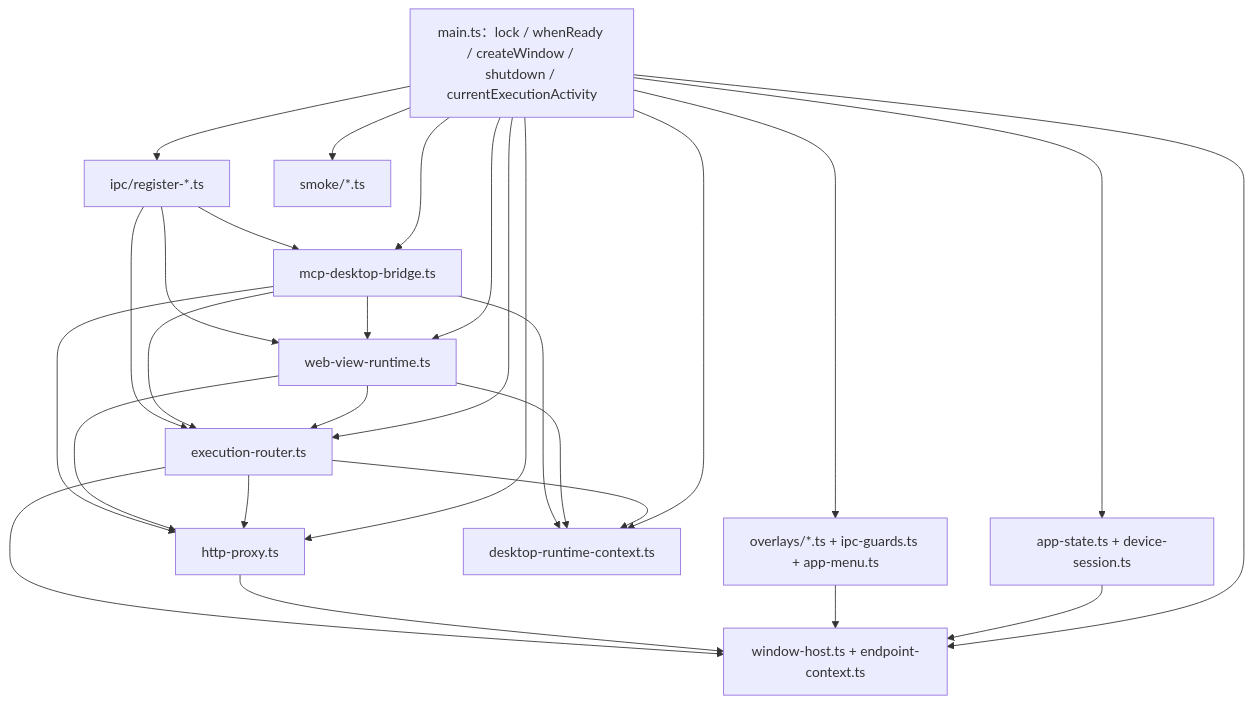
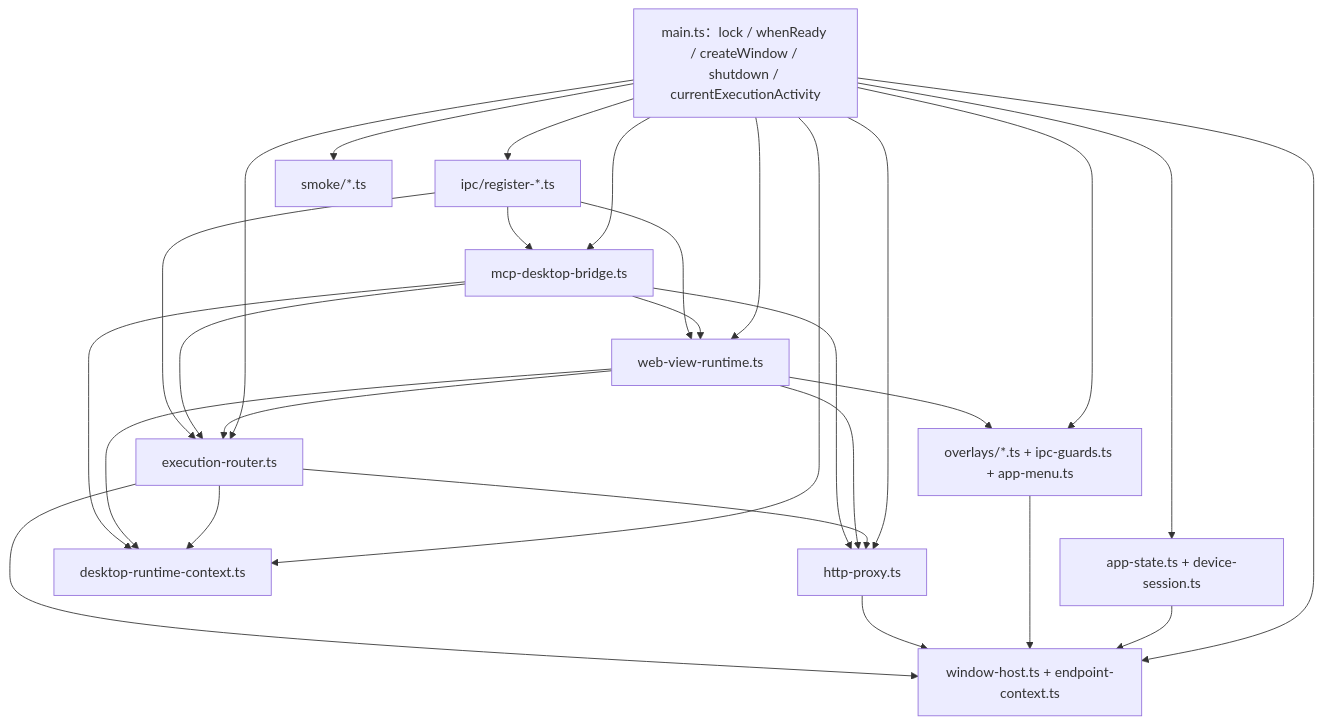
The fourth of 4 diagrams in docs/INTERNAL-STRUCTURE-REFACTOR.md (CANYOUFINDIT/viron), drawn with Mermaid before and after one commit. The commit also changed other lines of this file and 9 other files, not shown here.

````diff
--- a/docs/INTERNAL-STRUCTURE-REFACTOR.md
+++ b/docs/INTERNAL-STRUCTURE-REFACTOR.md
@@ -274,40 +277,41 @@
 ```mermaid
 flowchart TB
   Main["main.ts：lock / whenReady / createWindow / shutdown / currentExecutionActivity"]
   Leaf["window-host.ts + endpoint-context.ts"]
   State["app-state.ts + device-session.ts"]
   Overlays["overlays/*.ts + ipc-guards.ts + app-menu.ts"]
   Runtime["desktop-runtime-context.ts"]
   HTTP["http-proxy.ts"]
   Execution["execution-router.ts"]
   WebView["web-view-runtime.ts"]
   IPC["ipc/register-*.ts"]
   MCP["mcp-desktop-bridge.ts"]
   Smoke["smoke/*.ts"]
   Main --> Leaf
   Main --> State
   Main --> Overlays
   Main --> Runtime
   Main --> HTTP
   Main --> Execution
   Main --> WebView
   Main --> IPC
   Main --> MCP
   Main --> Smoke
   State --> Leaf
   Overlays --> Leaf
   HTTP --> Leaf
   Execution --> Runtime
   Execution --> HTTP
   Execution --> Leaf
   WebView --> Runtime
   WebView --> Execution
   WebView --> HTTP
+  WebView --> Overlays
   MCP --> Runtime
   MCP --> Execution
   MCP --> WebView
   MCP --> HTTP
   IPC --> MCP
   IPC --> WebView
   IPC --> Execution
 ```
````
